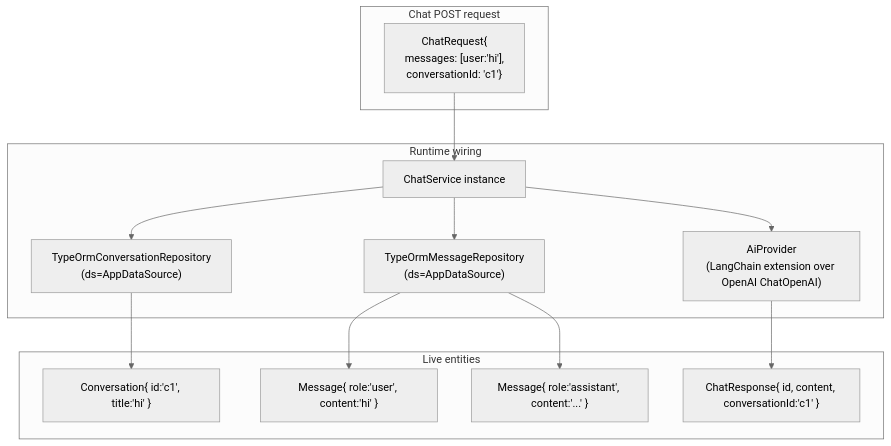
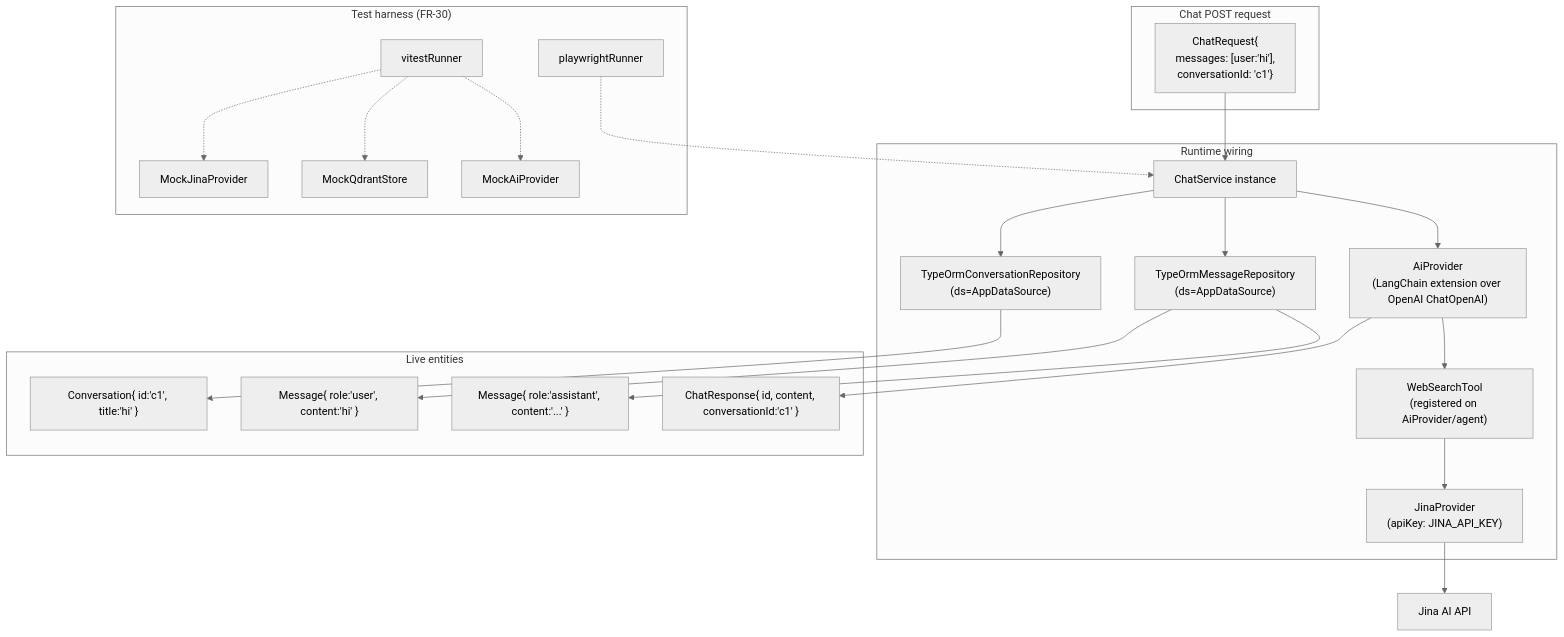
The diagram in _bmad-output/planning-artifacts/08-object.md (Glitch-guy0/chaiGPT), drawn with Mermaid (neutral theme) before and after one commit. The commit also changed 8 other files, not shown here.

````diff
--- a/_bmad-output/planning-artifacts/08-object.md
+++ b/_bmad-output/planning-artifacts/08-object.md
@@ -5,29 +5,47 @@
 ```mermaid
 flowchart TD
     subgraph req["Chat POST request"]
         cr["ChatRequest{<br/>messages: [user:'hi'],<br/>conversationId: 'c1'}"]
     end
 
     subgraph svc["Runtime wiring"]
         chatSvc["ChatService instance"]
         convRepo["TypeOrmConversationRepository<br/>(ds=AppDataSource)"]
         msgRepo["TypeOrmMessageRepository<br/>(ds=AppDataSource)"]
         aiProv["AiProvider<br/>(LangChain extension over OpenAI ChatOpenAI)"]
+        jinaProv["JinaProvider<br/>(apiKey: JINA_API_KEY)"]
+        wsTool["WebSearchTool<br/>(registered on AiProvider/agent)"]
     end
 
     subgraph data["Live entities"]
         conv["Conversation{ id:'c1', title:'hi' }"]
         m1["Message{ role:'user', content:'hi' }"]
         m2["Message{ role:'assistant', content:'...' }"]
         resp["ChatResponse{ id, content, conversationId:'c1' }"]
     end
 
+    subgraph test["Test harness (FR-30)"]
+        mockJina["MockJinaProvider"]
+        mockVec["MockQdrantStore"]
+        mockAi["MockAiProvider"]
+        vitest["vitestRunner"]
+        pw["playwrightRunner"]
+    end
+
     cr --> chatSvc
     chatSvc --> convRepo
     chatSvc --> msgRepo
     chatSvc --> aiProv
+    aiProv --> wsTool
+    wsTool --> jinaProv
+    jinaProv --> JINA["Jina AI API"]
     convRepo --> conv
     msgRepo --> m1
     msgRepo --> m2
     aiProv --> resp
+
+    vitest -.-> mockJina
+    vitest -.-> mockVec
+    vitest -.-> mockAi
+    pw -.-> chatSvc
 ```
````
